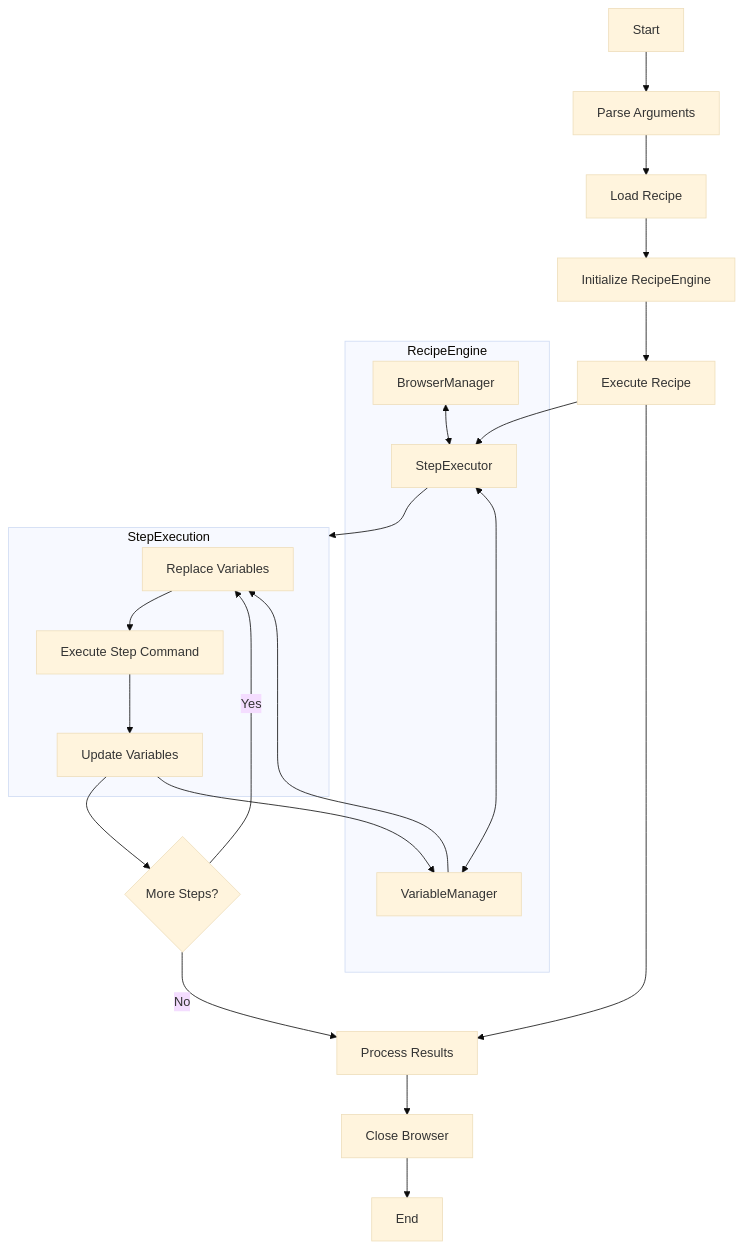
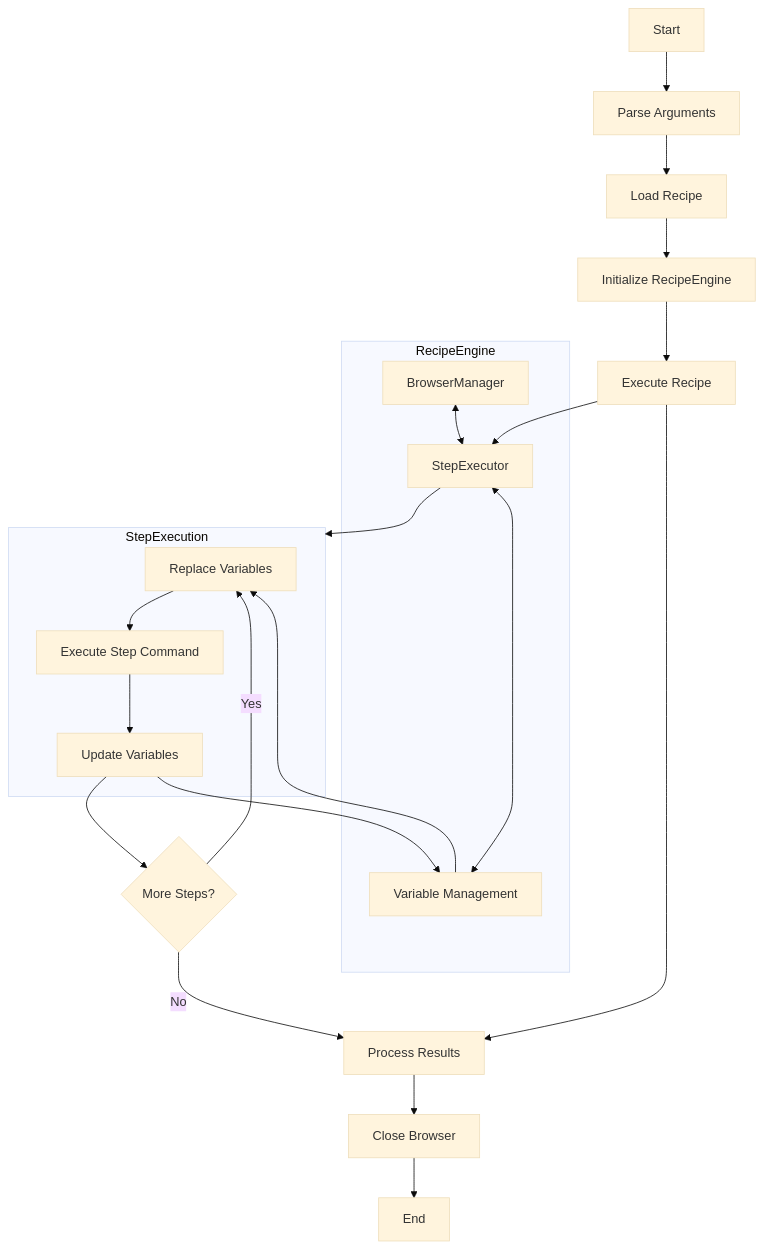
Before and after one commit to listy-is/RecipeKit: the diagram in README.md, drawn with Mermaid (base theme). The commit also changed other lines of this file and 1 other file, not shown here.

````diff
--- a/README.md
+++ b/README.md
@@ -402,36 +403,36 @@
 ```mermaid
 graph TD
     A[Start] --> B[Parse Arguments]
     B --> C[Load Recipe]
     C --> D[Initialize RecipeEngine]
     D --> E[Execute Recipe]
     E --> F[Process Results]
     F --> G[Close Browser]
     G --> H[End]
 
     subgraph RecipeEngine
     I[BrowserManager]
-    J[VariableManager]
+    J[Variable Management]
     K[StepExecutor]
     end
 
     subgraph StepExecution
     L[Replace Variables]
     M[Execute Step Command]
     N[Update Variables]
     end
 
     E --> K
     K --> StepExecution
     I <--> K
     J <--> K
 
     L --> M
     M --> N
     N --> O{More Steps?}
     O -->|Yes| L
     O -->|No| F
 
     J --> L
     N --> J
 ```
````
